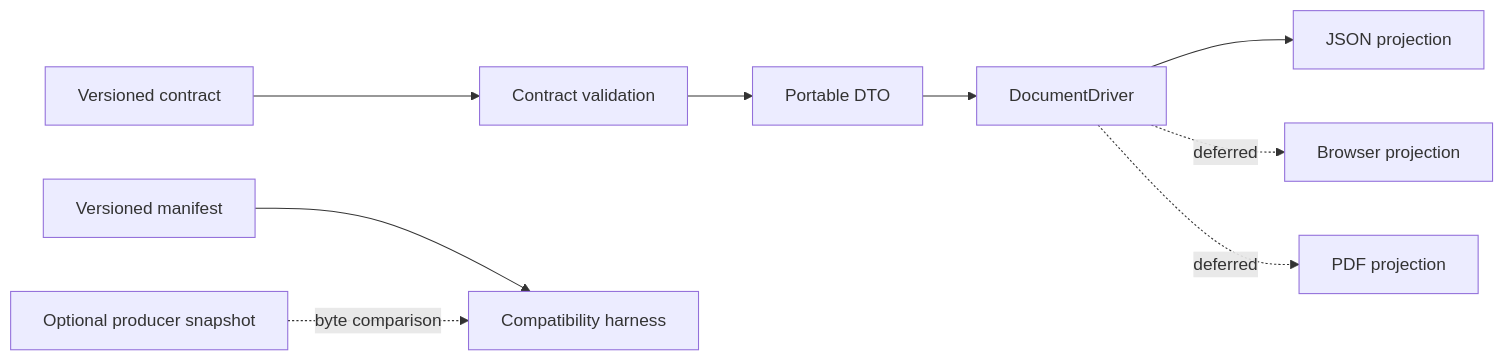
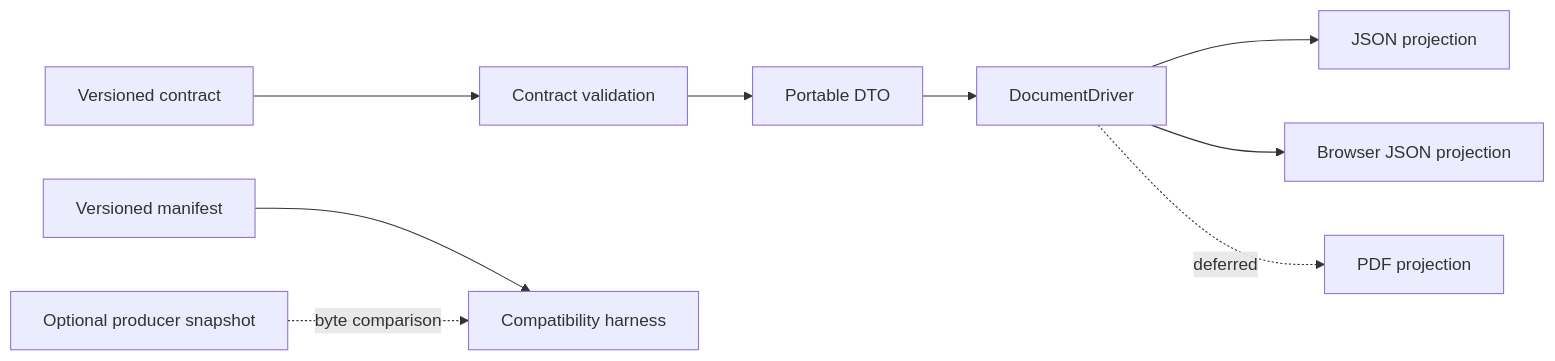
The diagram in ARCHITECTURE.md (3neti/x-document), drawn with Mermaid before and after one commit. The commit also changed other lines of this file and 18 other files, not shown here.

Commit message:
feat: bootstrap x-document browser projection

````diff
--- a/ARCHITECTURE.md
+++ b/ARCHITECTURE.md
@@ -7,11 +7,11 @@
 ```mermaid
 flowchart LR
     C[Versioned contract] --> V[Contract validation]
     V --> D[Portable DTO]
     D --> I[DocumentDriver]
     I --> J[JSON projection]
-    I -. deferred .-> B[Browser projection]
+    I --> B[Browser JSON projection]
     I -. deferred .-> P[PDF projection]
     M[Versioned manifest] --> H[Compatibility harness]
     U[Optional producer snapshot] -. byte comparison .-> H
 ```
````
